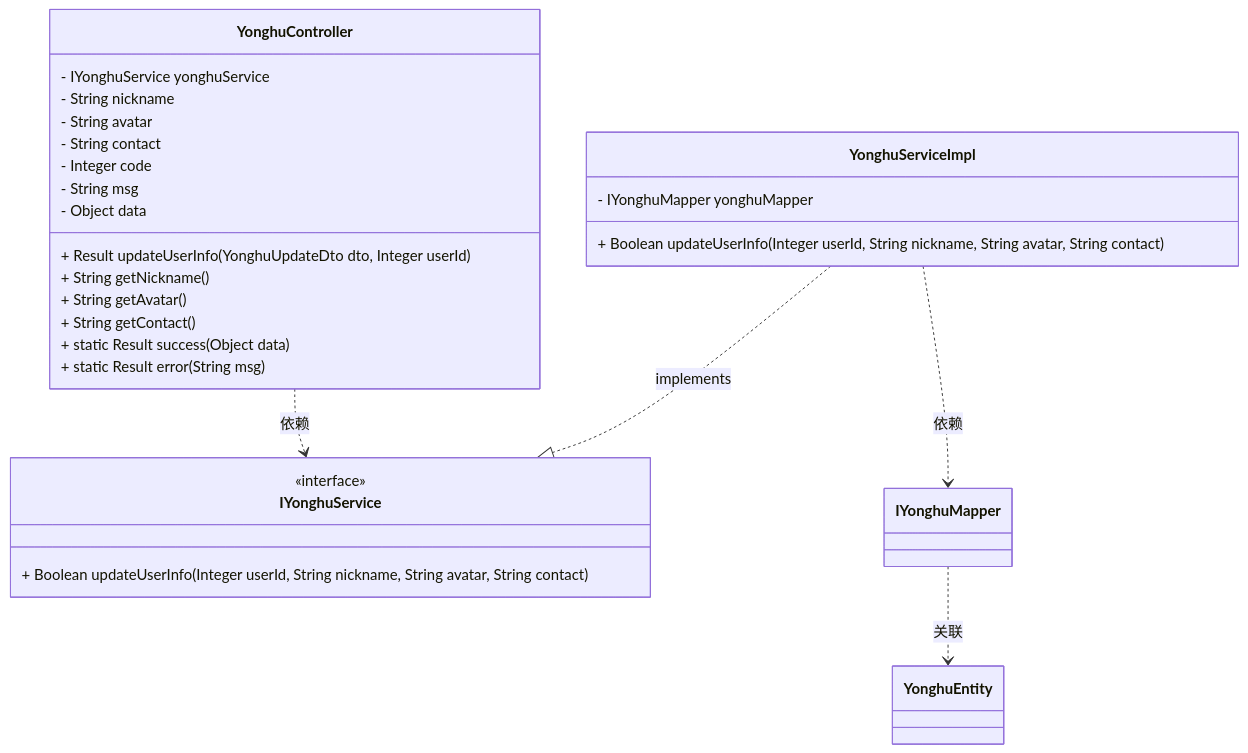
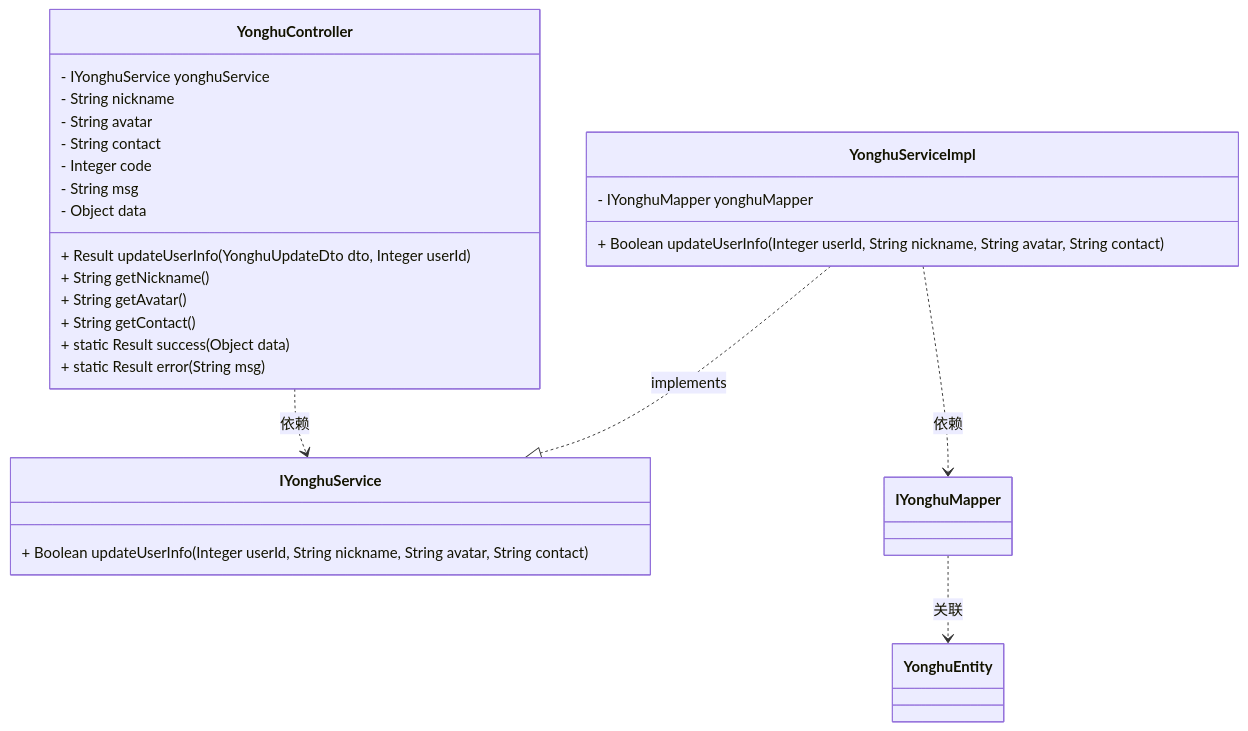
The diagram in all/未命名-5.md (DEbalanceUX/iodraw-files), drawn with Mermaid before and after one commit.

Commit message:
2025-12-26 03:39:59 update

````diff
--- a/all/未命名-5.md
+++ b/all/未命名-5.md
@@ -1,35 +1,36 @@
 ```mermaid
 classDiagram
     %% 关系定义（适配iodraw）
     YonghuServiceImpl ..|> IYonghuService : implements
     YonghuController ..> IYonghuService : 依赖
     YonghuServiceImpl ..> IYonghuMapper : 依赖
     IYonghuMapper ..> YonghuEntity : 关联
 
    
     class YonghuController {
         - IYonghuService yonghuService
         + Result updateUserInfo(YonghuUpdateDto dto, Integer userId)
         - String nickname
         - String avatar
         - String contact
         + String getNickname()
         + String getAvatar()
         + String getContact()
         - Integer code
         - String msg
         - Object data
         + static Result success(Object data)
         + static Result error(String msg)
     }
 
-    class IYonghuService <<interface>> {
+    class IYonghuService{
         + Boolean updateUserInfo(Integer userId, String nickname, String avatar, String contact)
     }
+
 
     class YonghuServiceImpl {
         - IYonghuMapper yonghuMapper
         + Boolean updateUserInfo(Integer userId, String nickname, String avatar, String contact)
     }
 
 ```
````
